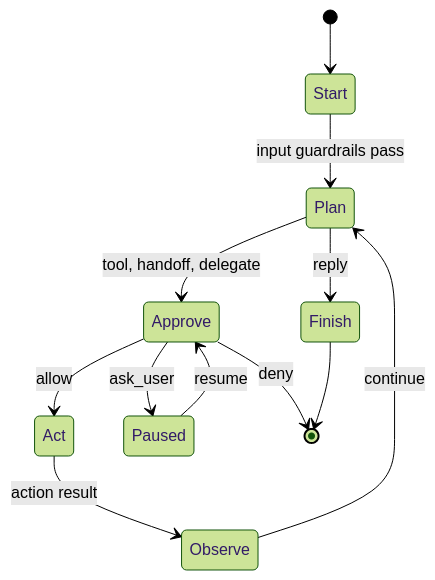
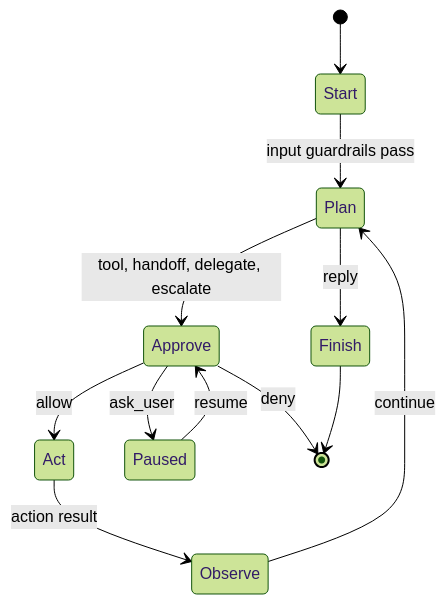
One commit to jiyuan/AgentOrch changed the diagram in DESIGN.md. Above: the diagram before and after it, drawn with Mermaid (forest theme). The commit also changed other lines of this file and 6 other files, not shown here.

````diff
--- a/DESIGN.md
+++ b/DESIGN.md
@@ -17,14 +19,14 @@
 ```mermaid
 stateDiagram-v2
     [*] --> Start
     Start --> Plan: input guardrails pass
     Plan --> Finish: reply
-    Plan --> Approve: tool, handoff, delegate
+    Plan --> Approve: tool, handoff, delegate, escalate
     Approve --> Act: allow
     Approve --> Paused: ask_user
     Approve --> [*]: deny
     Act --> Observe: action result
     Observe --> Plan: continue
     Paused --> Approve: resume
     Finish --> [*]
 ```
````
